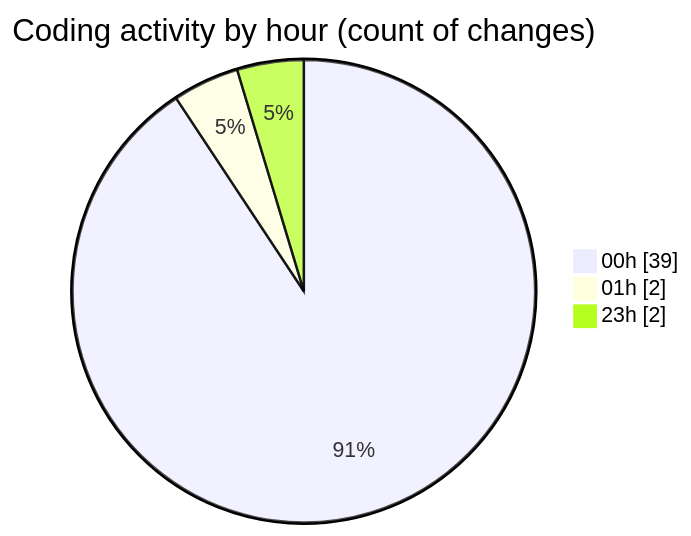
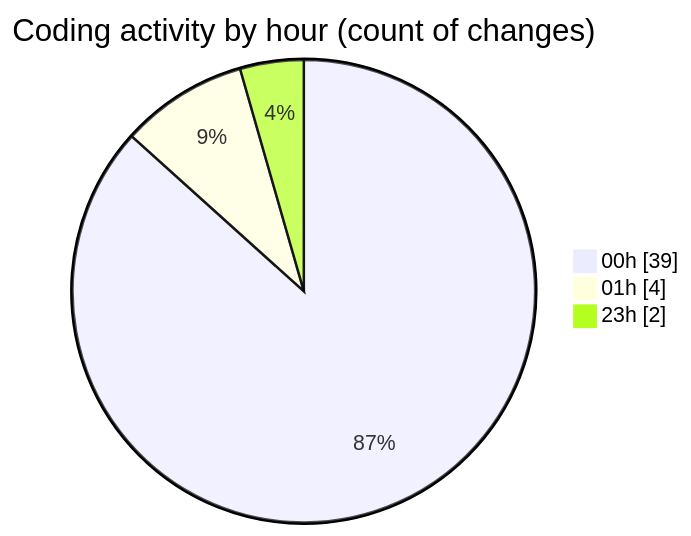
The second of 2 diagrams in 2025-10-10/eventscop-frontend-guide__workspace_/README.md (julien-gomy/code-tracking), drawn with Mermaid before and after one commit. The commit also changed other lines of this file and 1 other file, not shown here.

````diff
--- a/2025-10-10/eventscop-frontend-guide__workspace_/README.md
+++ b/2025-10-10/eventscop-frontend-guide__workspace_/README.md
@@ -32,7 +32,7 @@
 ```mermaid
 pie showData
 title Coding activity by hour (count of changes)
 "00h" : 39
-"01h" : 2
+"01h" : 4
 "23h" : 2
 ```
````
